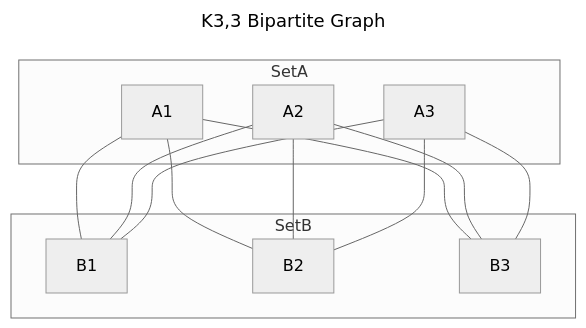
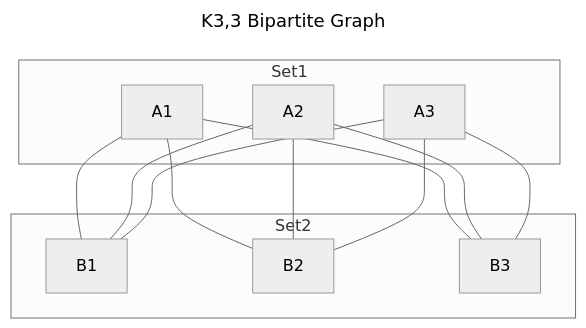
Before and after one commit to N1GHT-F4LL/FPT-Notebook: the third of 3 diagrams in MAD101/Assignment 3/README.md, drawn with Mermaid (neutral theme). The commit also changed other lines of this file, not shown here.

````diff
--- a/MAD101/Assignment 3/README.md
+++ b/MAD101/Assignment 3/README.md
@@ -81,25 +81,25 @@
 ```mermaid
 ---
 title: K3,3 Bipartite Graph
 ---
 graph TD;
-    subgraph SetA;
+    subgraph Set1;
     A1;
     A2;
     A3;
     end;
-    subgraph SetB;
+    subgraph Set2;
     B1;
     B2;
     B3;
     end;
     A1 --- B1;
     A1 --- B2;
     A1 --- B3;
     A2 --- B1;
     A2 --- B2;
     A2 --- B3;
     A3 --- B1;
     A3 --- B2;
     A3 --- B3;
 ```
````
